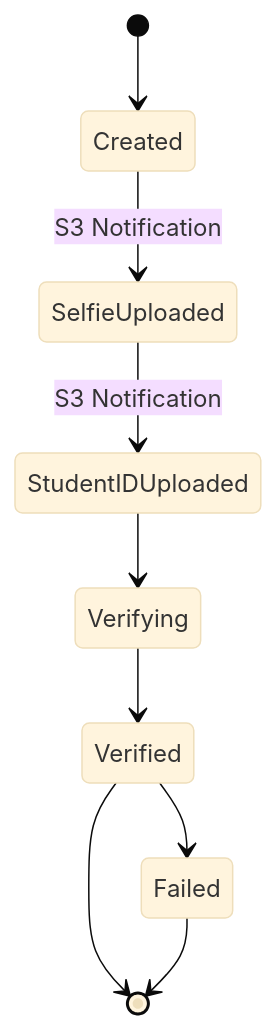
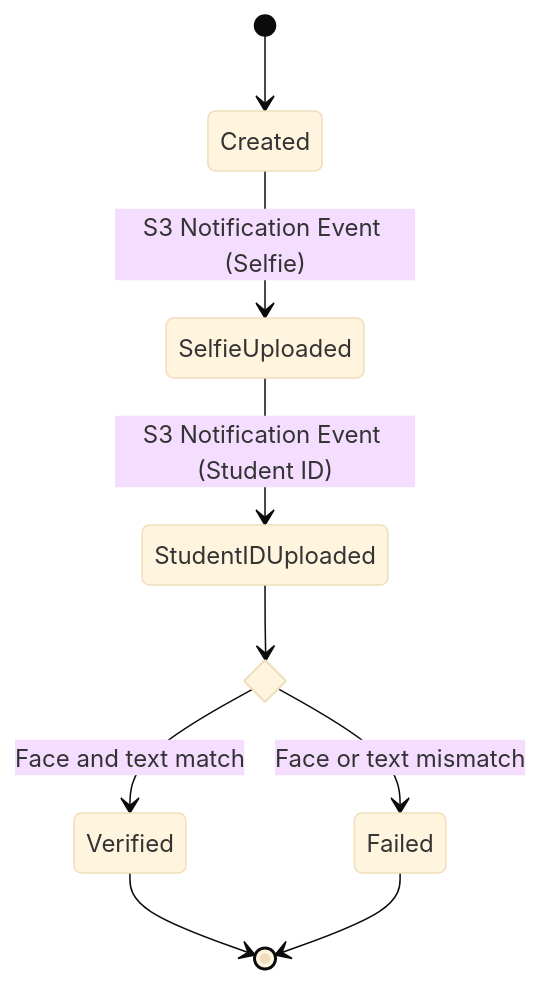
Before and after one commit to pierre-jezegou/kys: the first of 2 diagrams in docs/API.md, drawn with Mermaid (base theme).

Commit message:
Elaborate state diagram

````diff
--- a/docs/API.md
+++ b/docs/API.md
@@ -20,11 +20,13 @@
 ```mermaid
 stateDiagram-v2
+    state if_state <<choice>>
+
     [*] --> Created
-    Created --> SelfieUploaded: S3 Notification
-    SelfieUploaded --> StudentIDUploaded: S3 Notification
-    StudentIDUploaded --> Verifying
-    Verifying --> Verified
+    Created --> SelfieUploaded: S3 Notification Event (Selfie)
+    SelfieUploaded --> StudentIDUploaded: S3 Notification Event (Student ID)
+    StudentIDUploaded --> if_state
+    if_state --> Verified: Face and text match
     Verified --> [*]
-    Verified --> Failed
+    if_state --> Failed: Face or text mismatch
     Failed --> [*]
 ```
````
